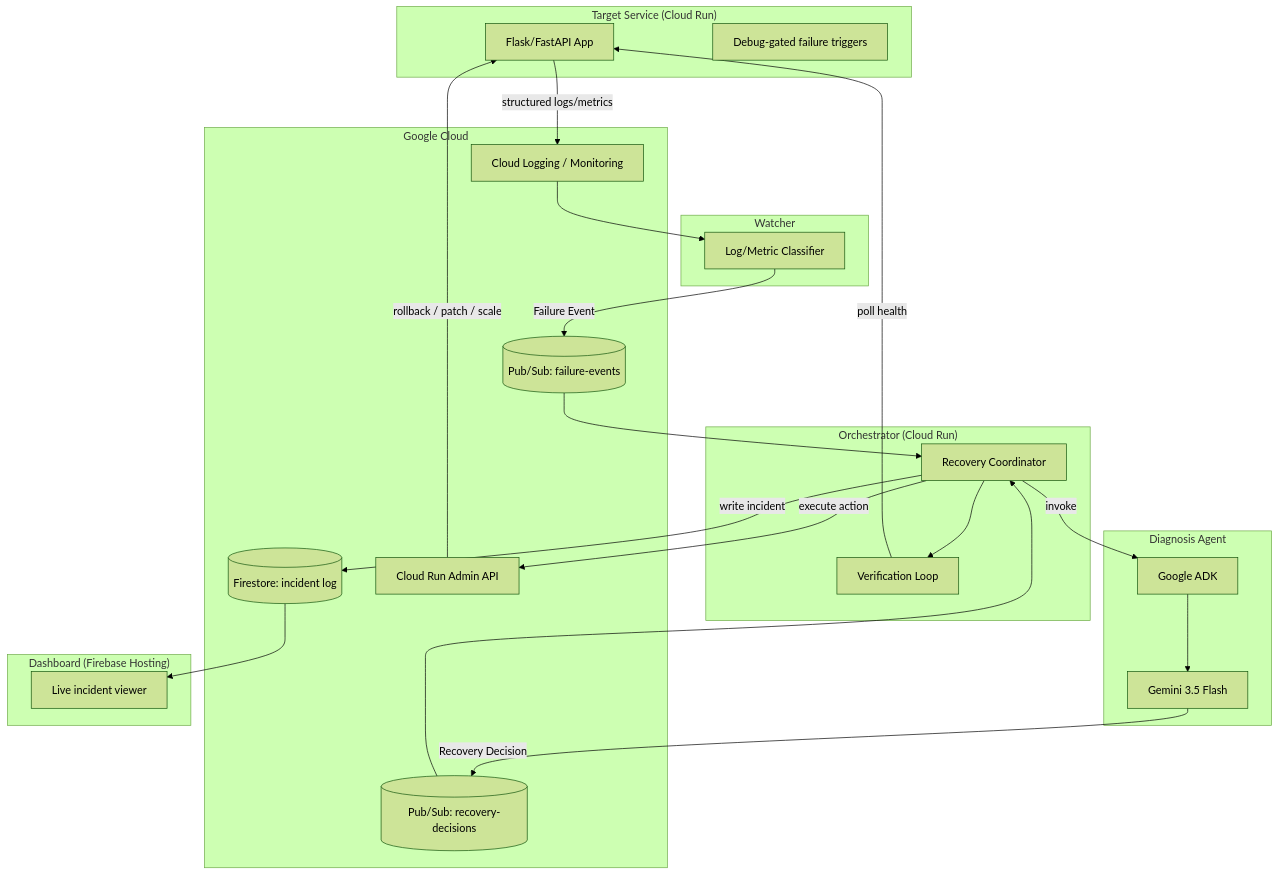
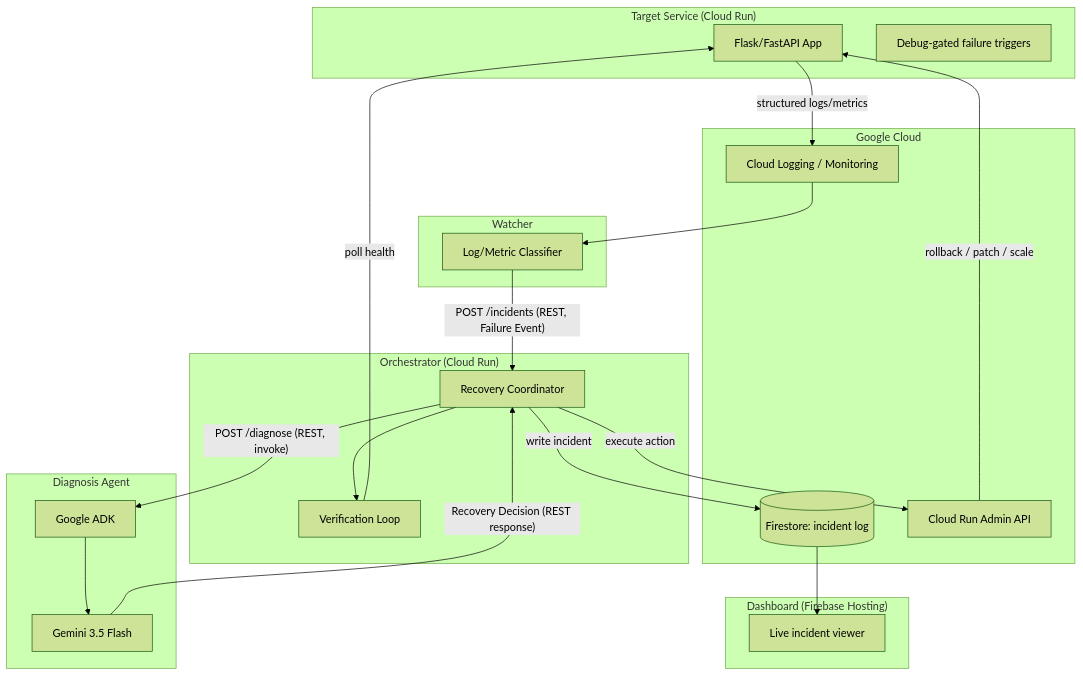
One commit to MdHananSjd/AutoMend changed the first of 2 diagrams in docs/architecture.md. Above: the diagram before and after it, drawn with Mermaid (forest theme). The commit also changed other lines of this file, not shown here.

First line of the commit message:
Clarify service communication in architecture document

````diff
--- a/docs/architecture.md
+++ b/docs/architecture.md
@@ -36,48 +36,44 @@
 ```mermaid
 flowchart TD
     subgraph Target["Target Service (Cloud Run)"]
         TS[Flask/FastAPI App]
         DBG[Debug-gated failure triggers]
     end
 
     subgraph WatcherBox["Watcher"]
         W[Log/Metric Classifier]
     end
 
     subgraph Diagnosis["Diagnosis Agent"]
         ADK[Google ADK]
         GEM[Gemini 3.5 Flash]
     end
 
     subgraph Orchestrator["Orchestrator (Cloud Run)"]
         ORC[Recovery Coordinator]
         VER[Verification Loop]
     end
 
     subgraph GCP["Google Cloud"]
         LOG[Cloud Logging / Monitoring]
-        PS1[(Pub/Sub: failure-events)]
-        PS2[(Pub/Sub: recovery-decisions)]
         FS[(Firestore: incident log)]
         ADMIN[Cloud Run Admin API]
     end
 
     subgraph Dashboard["Dashboard (Firebase Hosting)"]
         UI[Live incident viewer]
     end
 
     TS -->|structured logs/metrics| LOG
     LOG --> W
-    W -->|Failure Event| PS1
-    PS1 --> ORC
-    ORC -->|invoke| ADK
+    W -->|"POST /incidents (REST, Failure Event)"| ORC
+    ORC -->|"POST /diagnose (REST, invoke)"| ADK
     ADK --> GEM
-    GEM -->|Recovery Decision| PS2
-    PS2 --> ORC
+    GEM -->|"Recovery Decision (REST response)"| ORC
     ORC -->|execute action| ADMIN
     ADMIN -->|rollback / patch / scale| TS
     ORC --> VER
     VER -->|poll health| TS
     ORC -->|write incident| FS
     FS --> UI
 ```
````
